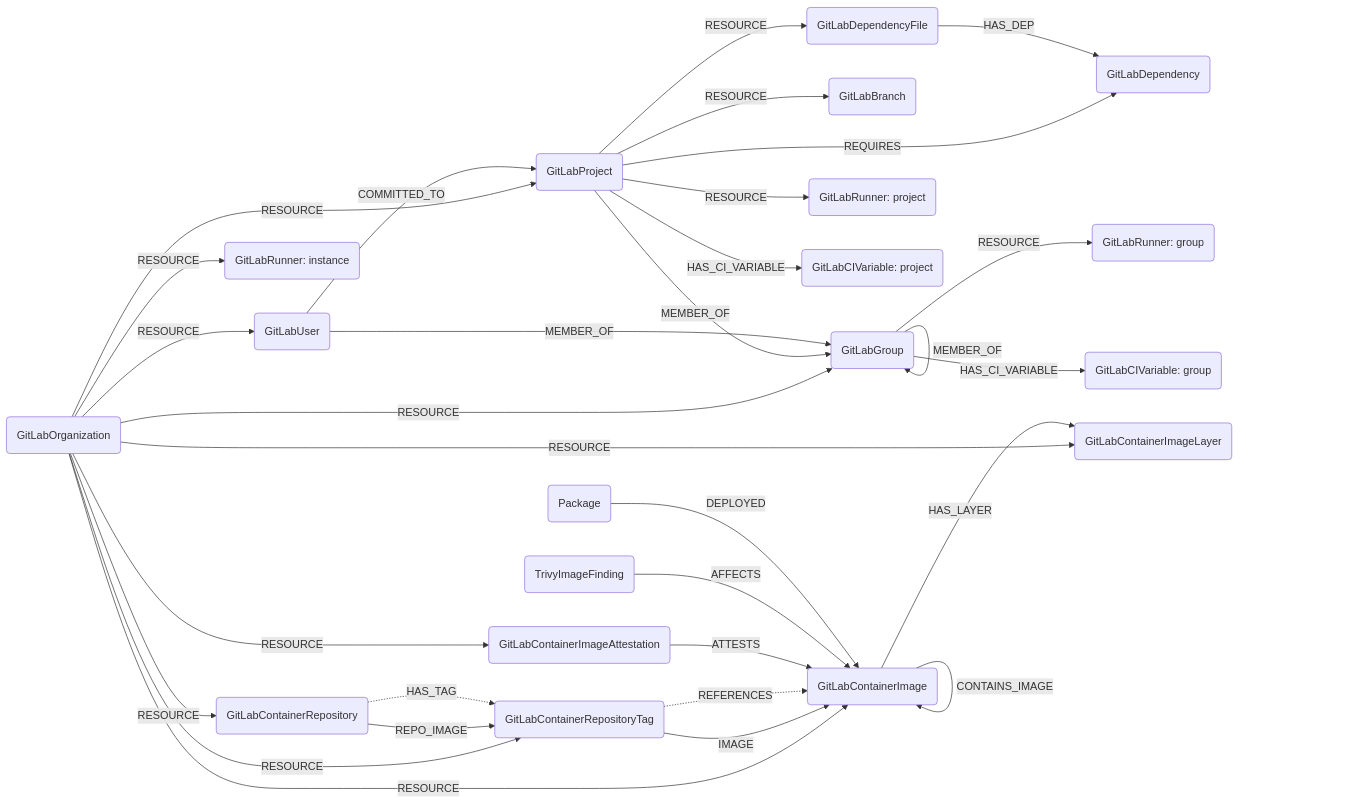
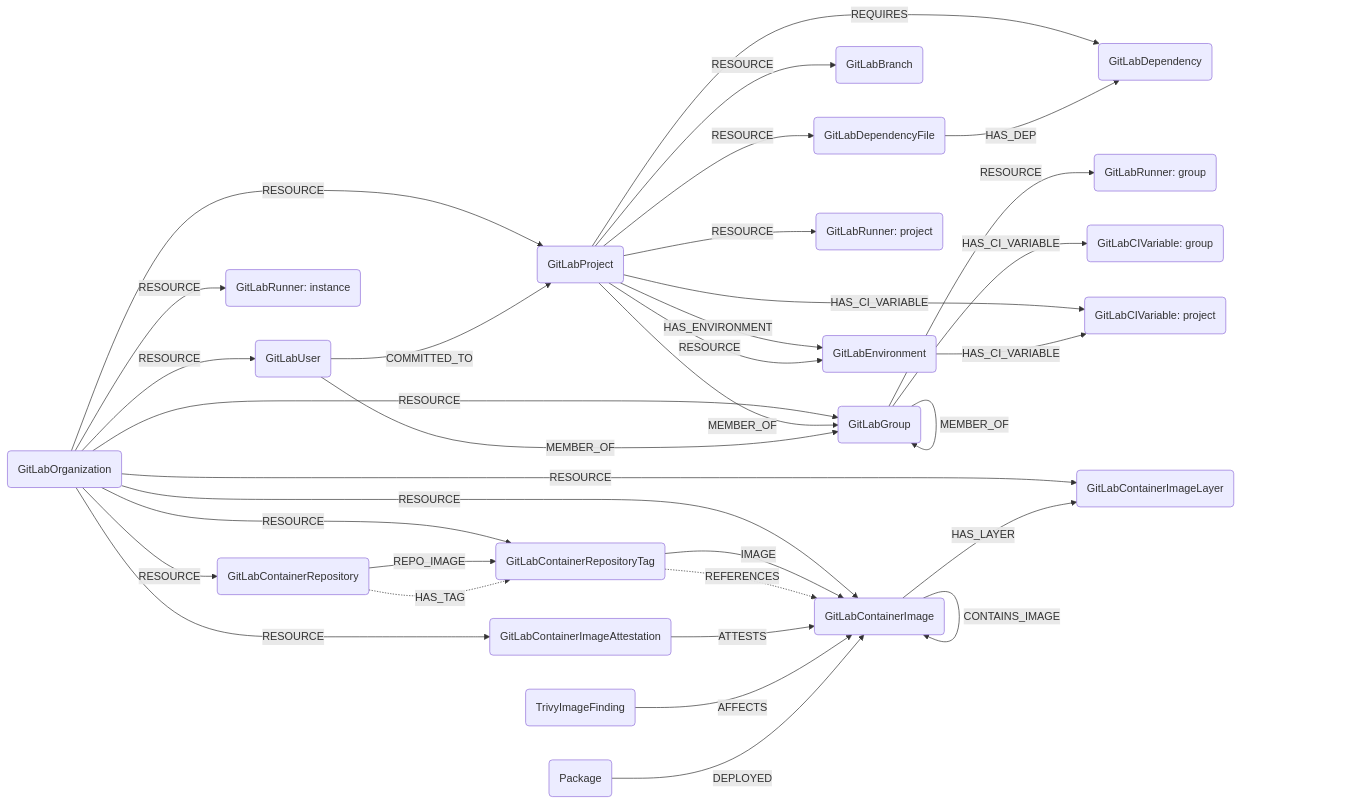
The diagram in docs/root/modules/gitlab/schema.md (cartography-cncf/cartography), drawn with Mermaid before and after one commit. The commit also changed other lines of this file and 7 other files, not shown here.

````diff
--- a/docs/root/modules/gitlab/schema.md
+++ b/docs/root/modules/gitlab/schema.md
@@ -3,42 +3,47 @@
 ```mermaid
 graph LR
 
 O(GitLabOrganization) -- RESOURCE --> G(GitLabGroup)
 O -- RESOURCE --> P(GitLabProject)
 O -- RESOURCE --> U(GitLabUser)
 G -- MEMBER_OF --> G
 P -- MEMBER_OF --> G
 U -- MEMBER_OF --> G
 U -- COMMITTED_TO --> P
 P -- RESOURCE --> B(GitLabBranch)
 P -- RESOURCE --> DF(GitLabDependencyFile)
 P -- REQUIRES --> D(GitLabDependency)
 DF -- HAS_DEP --> D
 
 %% CI/CD Runners
 O -- RESOURCE --> R_I(GitLabRunner: instance)
 G -- RESOURCE --> R_G(GitLabRunner: group)
 P -- RESOURCE --> R_P(GitLabRunner: project)
 
 %% CI/CD Variables
 G -- HAS_CI_VARIABLE --> CV_G(GitLabCIVariable: group)
 P -- HAS_CI_VARIABLE --> CV_P(GitLabCIVariable: project)
 
+%% Environments
+P -- HAS_ENVIRONMENT --> E(GitLabEnvironment)
+P -- RESOURCE --> E
+E -- HAS_CI_VARIABLE --> CV_P
+
 %% Container Registry
 O -- RESOURCE --> CR(GitLabContainerRepository)
 O -- RESOURCE --> CI(GitLabContainerImage)
 O -- RESOURCE --> CIL(GitLabContainerImageLayer)
 O -- RESOURCE --> CT(GitLabContainerRepositoryTag)
 O -- RESOURCE --> CA(GitLabContainerImageAttestation)
 CR -- REPO_IMAGE --> CT
 CR -. HAS_TAG .-> CT
 CT -- IMAGE --> CI
 CT -. REFERENCES .-> CI
 CI -- CONTAINS_IMAGE --> CI
 CI -- HAS_LAYER --> CIL
 CA -- ATTESTS --> CI
 
 %% Trivy Vulnerability Scanning
 TIF(TrivyImageFinding) -- AFFECTS --> CI
 PKG(Package) -- DEPLOYED --> CI
 ```
````
